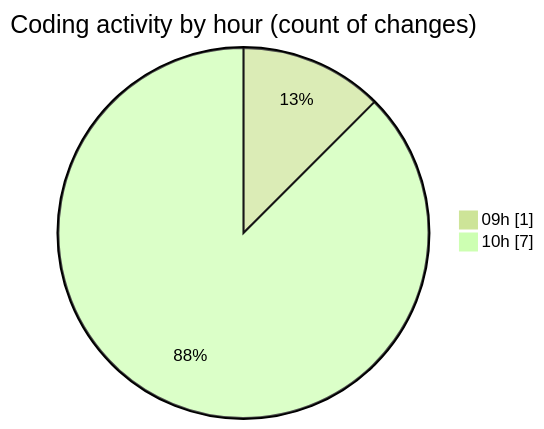
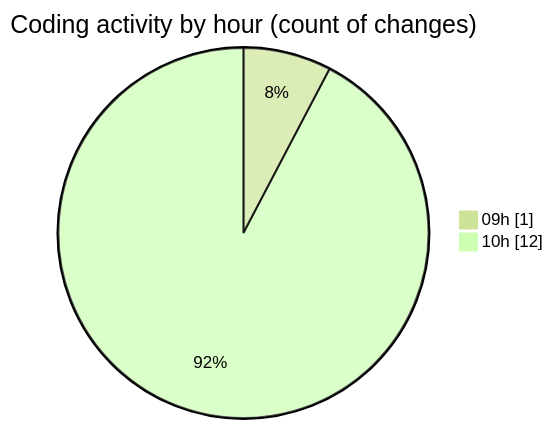
Before and after one commit to julien-gomy/code-tracking: the second of 2 diagrams in 2025-11-17/eventscop-frontend-guide__workspace_/README.md, drawn with Mermaid (forest theme). The commit also changed other lines of this file and 1 other file, not shown here.

````diff
--- a/2025-11-17/eventscop-frontend-guide__workspace_/README.md
+++ b/2025-11-17/eventscop-frontend-guide__workspace_/README.md
@@ -32,6 +33,6 @@
 ```mermaid
 pie showData
 title Coding activity by hour (count of changes)
 "09h" : 1
-"10h" : 7
+"10h" : 12
 ```
````
